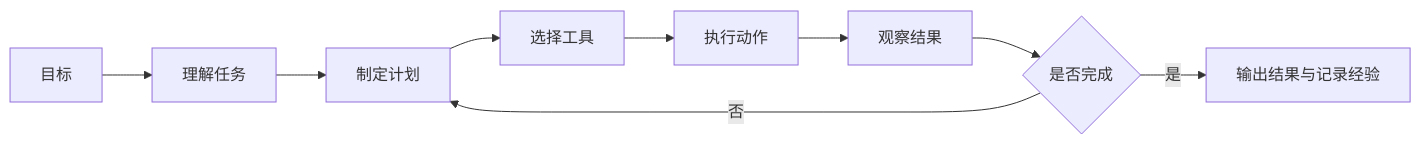
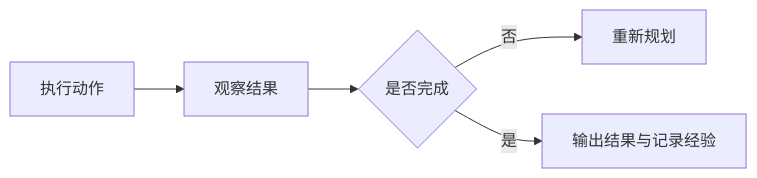
Before and after one commit to oudbiao/AI-fullstack-course: the third of 5 diagrams in docs/stage9/index.md, drawn with Mermaid. The commit also changed other lines of this file and 139 other files, not shown here.

````diff
--- a/docs/stage9/index.md
+++ b/docs/stage9/index.md
@@ -58,11 +74,7 @@
 ```mermaid
 flowchart LR
-  A[目标] --> B[理解任务]
-  B --> C[制定计划]
-  C --> D[选择工具]
-  D --> E[执行动作]
-  E --> F[观察结果]
+  E[执行动作] --> F[观察结果]
   F --> G{是否完成}
-  G -- 否 --> C
+  G -- 否 --> C[重新规划]
   G -- 是 --> H[输出结果与记录经验]
 ```
````
